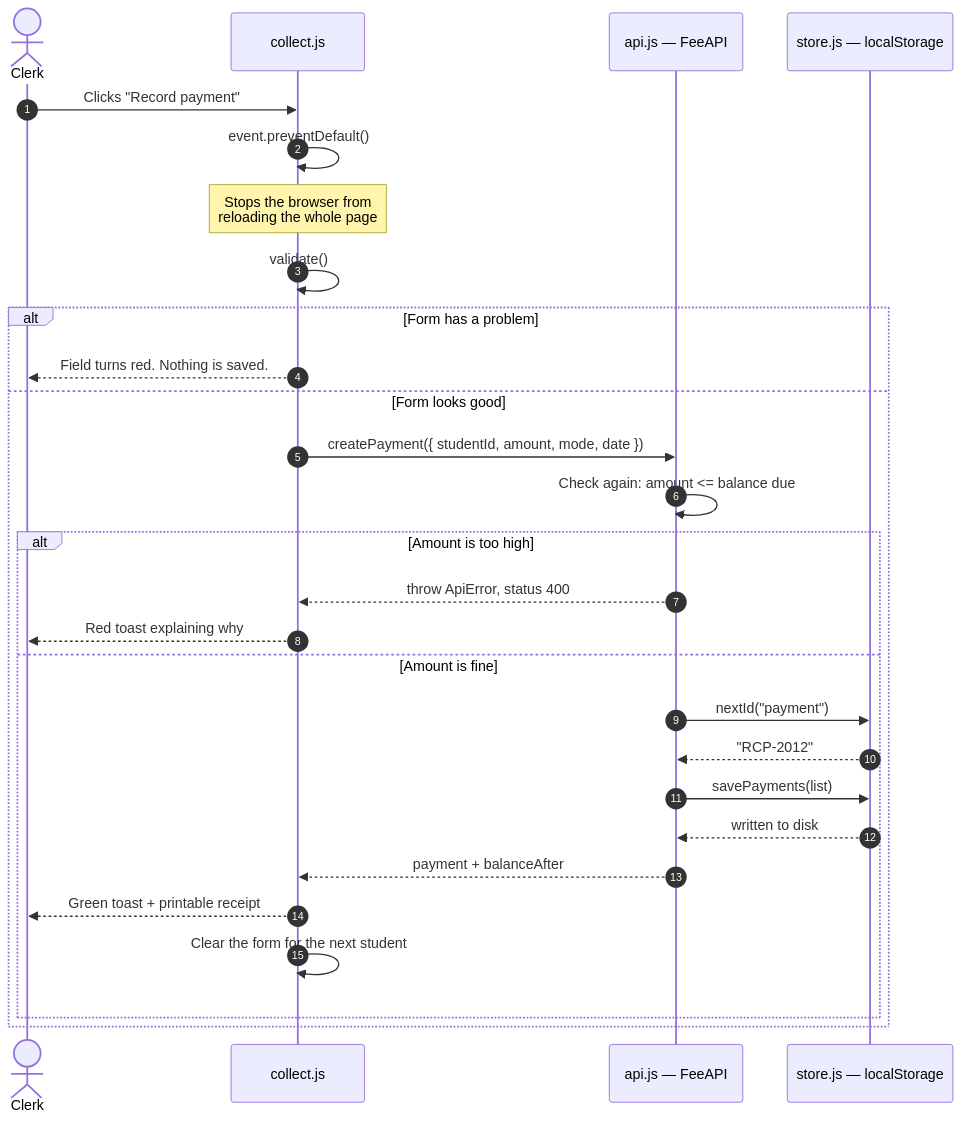
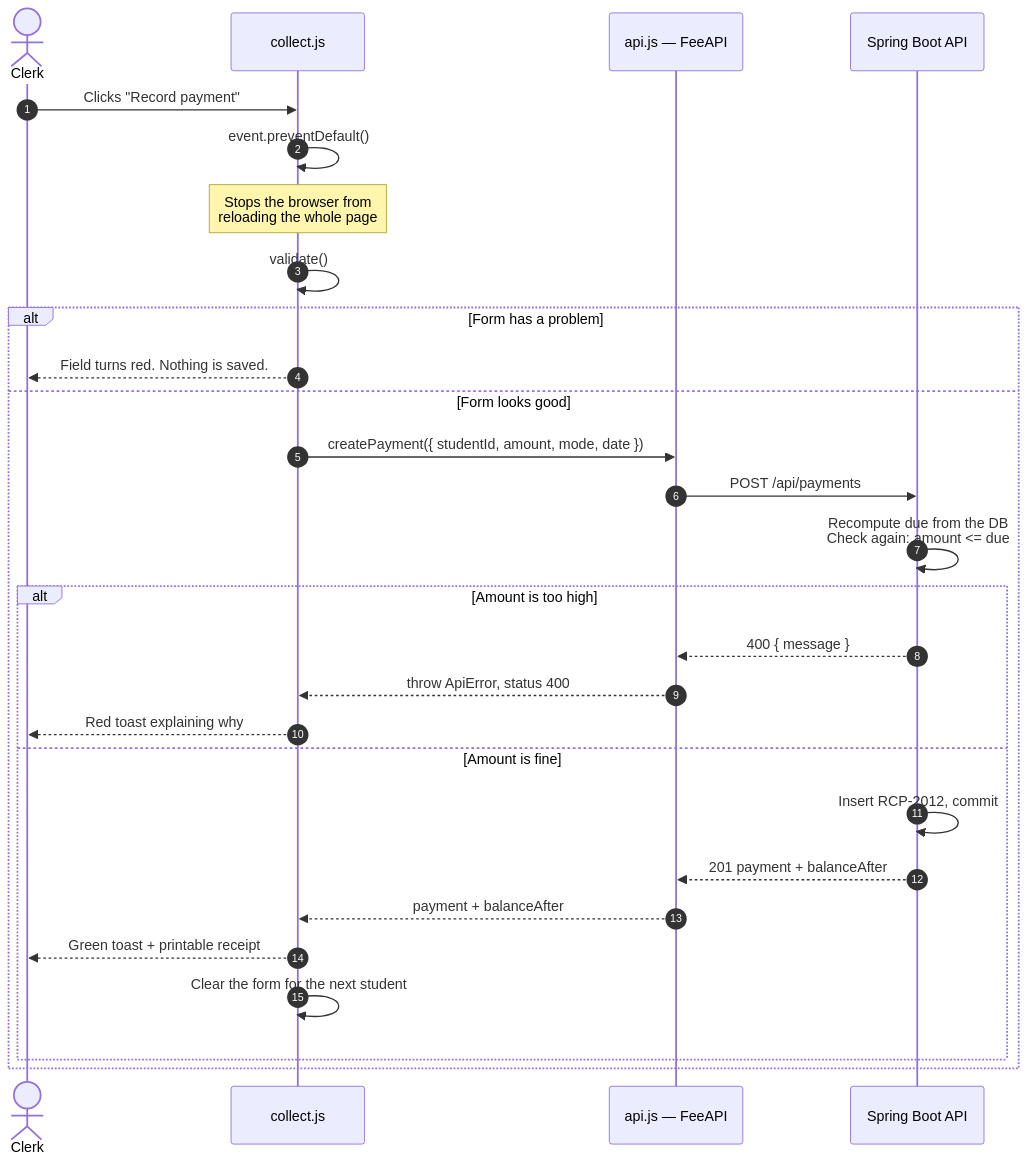
Before and after one commit to rahulsimhachalam4360-maker/EnrollX: the second of 7 diagrams in docs/architecture.md, drawn with Mermaid. The commit also changed other lines of this file and 8 other files, not shown here.

First line of the commit message:
Point the UI at the API and drop the localStorage mock

````diff
--- a/docs/architecture.md
+++ b/docs/architecture.md
@@ -57,35 +57,35 @@
 ```mermaid
 sequenceDiagram
     autonumber
     actor Clerk
     participant UI as collect.js
     participant API as api.js — FeeAPI
-    participant DB as store.js — localStorage
+    participant SRV as Spring Boot API
 
     Clerk->>UI: Clicks "Record payment"
     UI->>UI: event.preventDefault()
     Note over UI: Stops the browser from<br/>reloading the whole page
 
     UI->>UI: validate()
 
     alt Form has a problem
         UI-->>Clerk: Field turns red. Nothing is saved.
     else Form looks good
         UI->>API: createPayment({ studentId, amount, mode, date })
+        API->>SRV: POST /api/payments
 
-        API->>API: Check again: amount <= balance due
+        SRV->>SRV: Recompute due from the DB<br/>Check again: amount <= due
 
         alt Amount is too high
+            SRV-->>API: 400 { message }
             API-->>UI: throw ApiError, status 400
             UI-->>Clerk: Red toast explaining why
         else Amount is fine
-            API->>DB: nextId("payment")
-            DB-->>API: "RCP-2012"
-            API->>DB: savePayments(list)
-            DB-->>API: written to disk
+            SRV->>SRV: Insert RCP-2012, commit
+            SRV-->>API: 201 payment + balanceAfter
             API-->>UI: payment + balanceAfter
             UI-->>Clerk: Green toast + printable receipt
             UI->>UI: Clear the form for the next student
         end
     end
 ```
````
